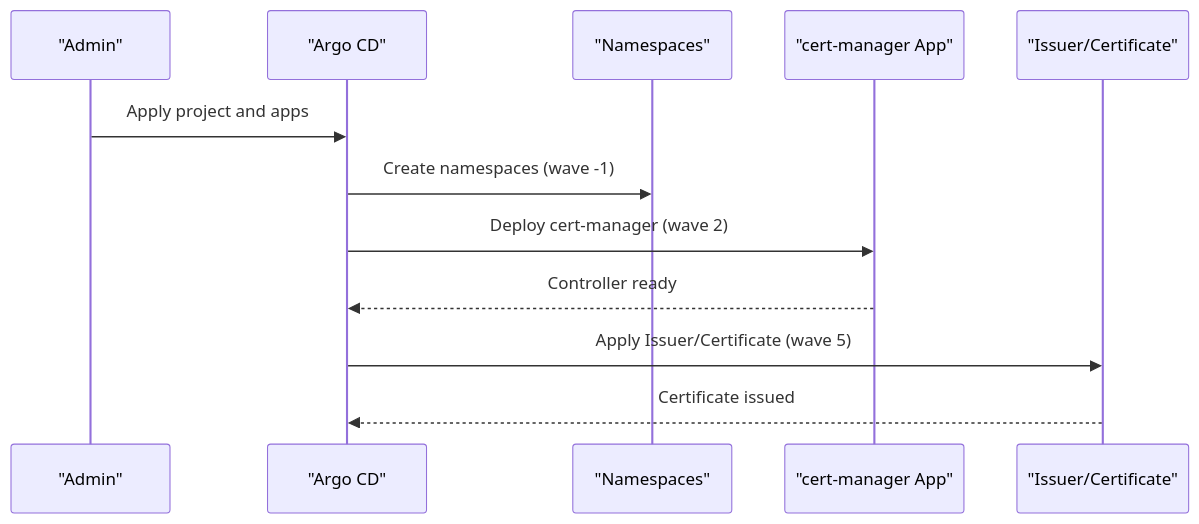
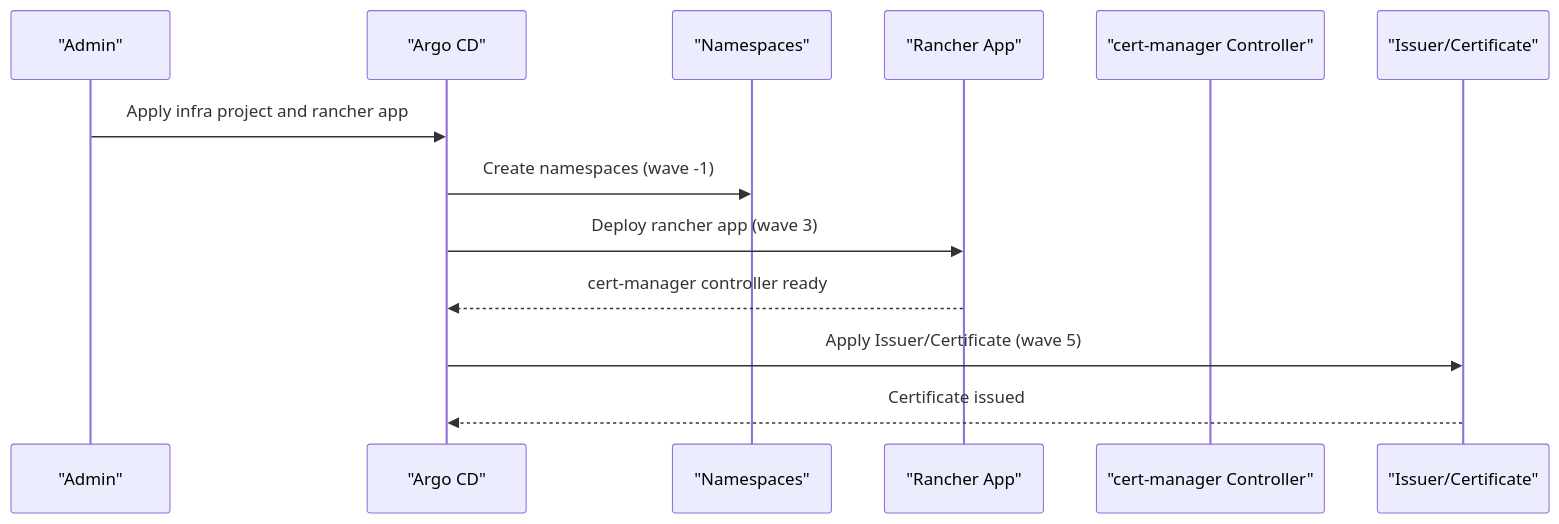
The fourth of 5 diagrams in .qoder/repowiki/en/content/Playground Applications/Certificate Manager Application.md (Hoangvu75/k8s_manifest), drawn with Mermaid before and after one commit. The commit also changed other lines of this file and 24 other files, not shown here.

````diff
--- a/.qoder/repowiki/en/content/Playground Applications/Certificate Manager Application.md
+++ b/.qoder/repowiki/en/content/Playground Applications/Certificate Manager Application.md
@@ -168,14 +187,15 @@
 ```mermaid
 sequenceDiagram
 participant Admin as "Admin"
 participant ArgoCD as "Argo CD"
 participant NS as "Namespaces"
-participant CM as "cert-manager App"
+participant Rancher as "Rancher App"
+participant CM as "cert-manager Controller"
 participant Issuer as "Issuer/Certificate"
-Admin->>ArgoCD : Apply project and apps
+Admin->>ArgoCD : Apply infra project and rancher app
 ArgoCD->>NS : Create namespaces (wave -1)
-ArgoCD->>CM : Deploy cert-manager (wave 2)
-CM-->>ArgoCD : Controller ready
+ArgoCD->>Rancher : Deploy rancher app (wave 3)
+Rancher-->>ArgoCD : cert-manager controller ready
 ArgoCD->>Issuer : Apply Issuer/Certificate (wave 5)
 Issuer-->>ArgoCD : Certificate issued
 ```
````
